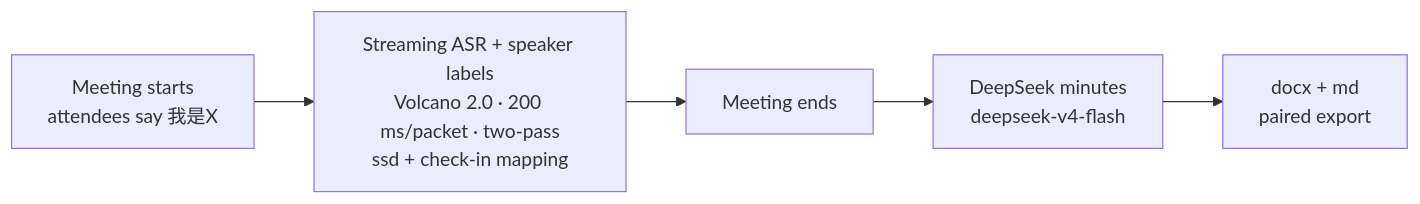
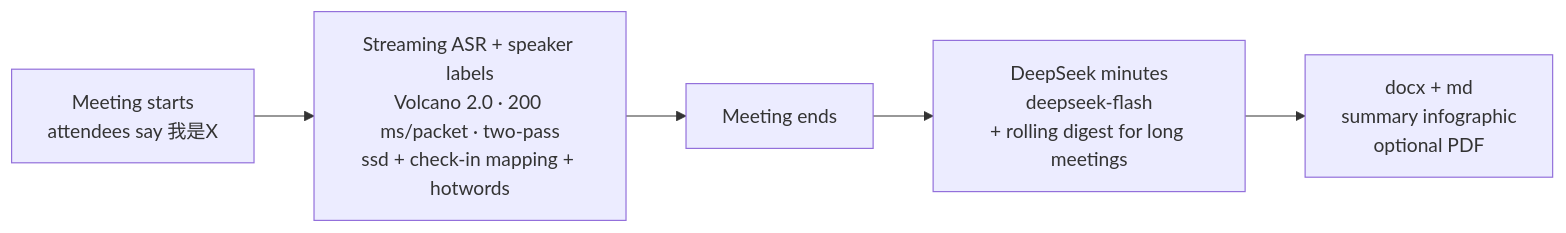
One commit to sannongwangluo/yanji changed the diagram in README.md. Above: the diagram before and after it, drawn with Mermaid. The commit also changed other lines of this file and 36 other files, not shown here.

````diff
--- a/README.md
+++ b/README.md
@@ -25,7 +25,7 @@
 ```mermaid
 flowchart LR
-    A[Meeting starts<br/>attendees say 我是X] --> B[Streaming ASR + speaker labels<br/>Volcano 2.0 · 200 ms/packet · two-pass<br/>ssd + check-in mapping]
+    A[Meeting starts<br/>attendees say 我是X] --> B[Streaming ASR + speaker labels<br/>Volcano 2.0 · 200 ms/packet · two-pass<br/>ssd + check-in mapping + hotwords]
     B --> C[Meeting ends]
-    C --> D[DeepSeek minutes<br/>deepseek-v4-flash]
-    D --> E[docx + md<br/>paired export]
+    C --> D[DeepSeek minutes<br/>deepseek-flash<br/>+ rolling digest for long meetings]
+    D --> E[docx + md<br/>summary infographic<br/>optional PDF]
 ```
````
